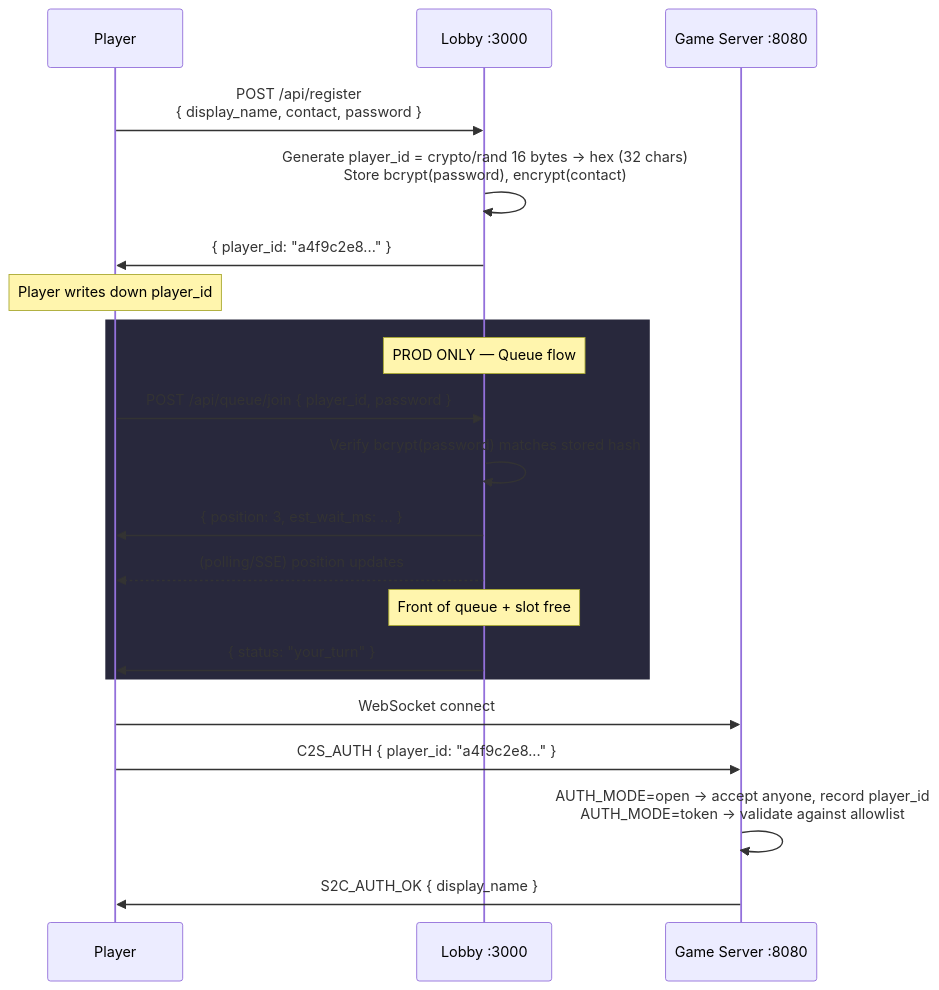
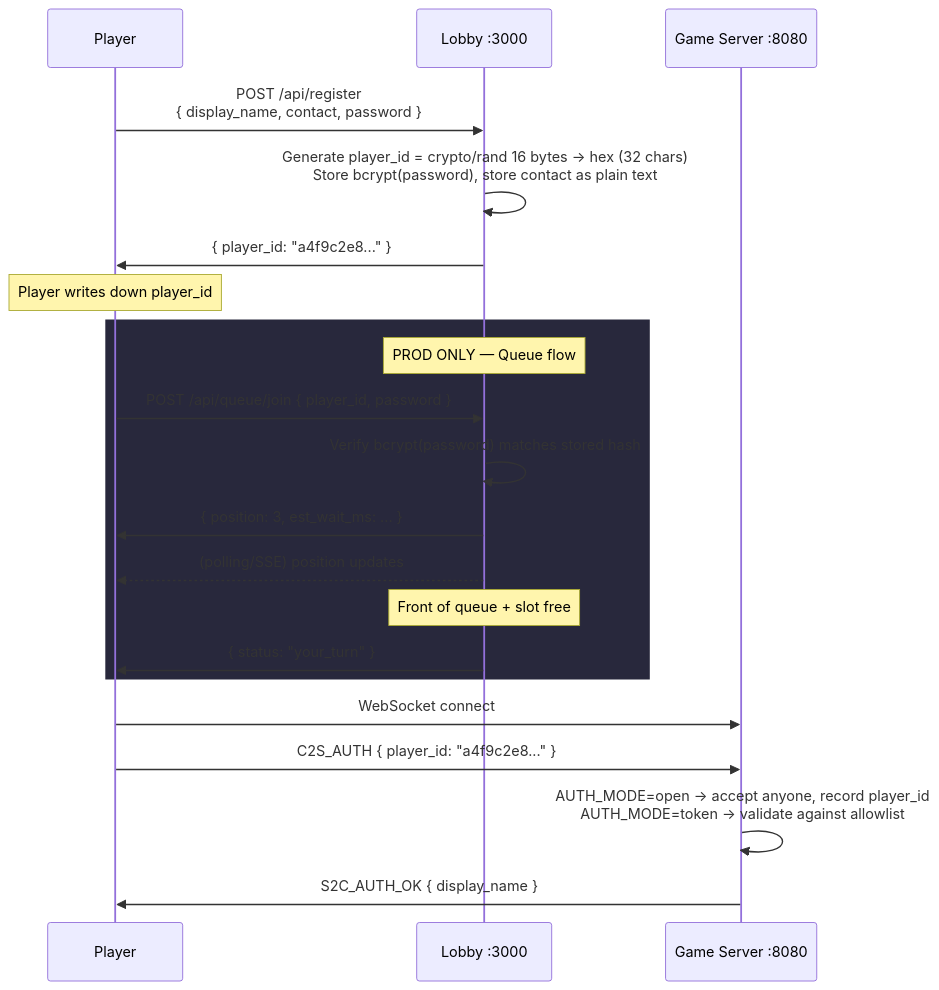
One commit to NUSGreyhats/dcsg-vibecat-404 changed the diagram in docs/specs/foundations/03-identity-auth.md. Above: the diagram before and after it, drawn with Mermaid. The commit also changed other lines of this file and 5 other files, not shown here.

First line of the commit message:
Store identity contact as plain text

````diff
--- a/docs/specs/foundations/03-identity-auth.md
+++ b/docs/specs/foundations/03-identity-auth.md
@@ -25,27 +25,27 @@
 ```mermaid
 sequenceDiagram
     participant P as Player
     participant Q as Lobby :3000
     participant G as Game Server :8080
 
     P->>Q: POST /api/register<br/>{ display_name, contact, password }
-    Q->>Q: Generate player_id = crypto/rand 16 bytes → hex (32 chars)<br/>Store bcrypt(password), encrypt(contact)
+    Q->>Q: Generate player_id = crypto/rand 16 bytes → hex (32 chars)<br/>Store bcrypt(password), store contact as plain text
     Q->>P: { player_id: "a4f9c2e8..." }
 
     Note over P: Player writes down player_id
 
     rect rgb(40, 40, 60)
         Note over Q: PROD ONLY — Queue flow
         P->>Q: POST /api/queue/join { player_id, password }
         Q->>Q: Verify bcrypt(password) matches stored hash
         Q->>P: { position: 3, est_wait_ms: ... }
         Q-->>P: (polling/SSE) position updates
         Note over Q: Front of queue + slot free
         Q->>P: { status: "your_turn" }
     end
 
     P->>G: WebSocket connect
     P->>G: C2S_AUTH { player_id: "a4f9c2e8..." }
     G->>G: AUTH_MODE=open → accept anyone, record player_id<br/>AUTH_MODE=token → validate against allowlist
     G->>P: S2C_AUTH_OK { display_name }
 ```
````
